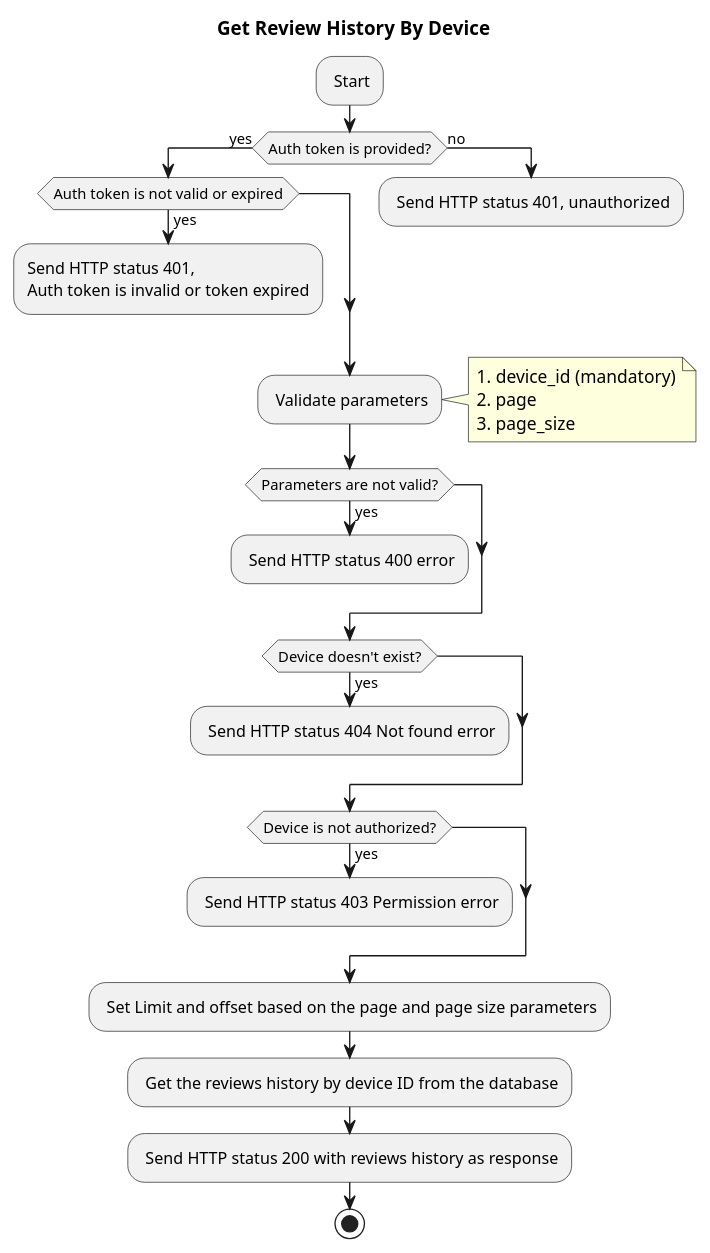
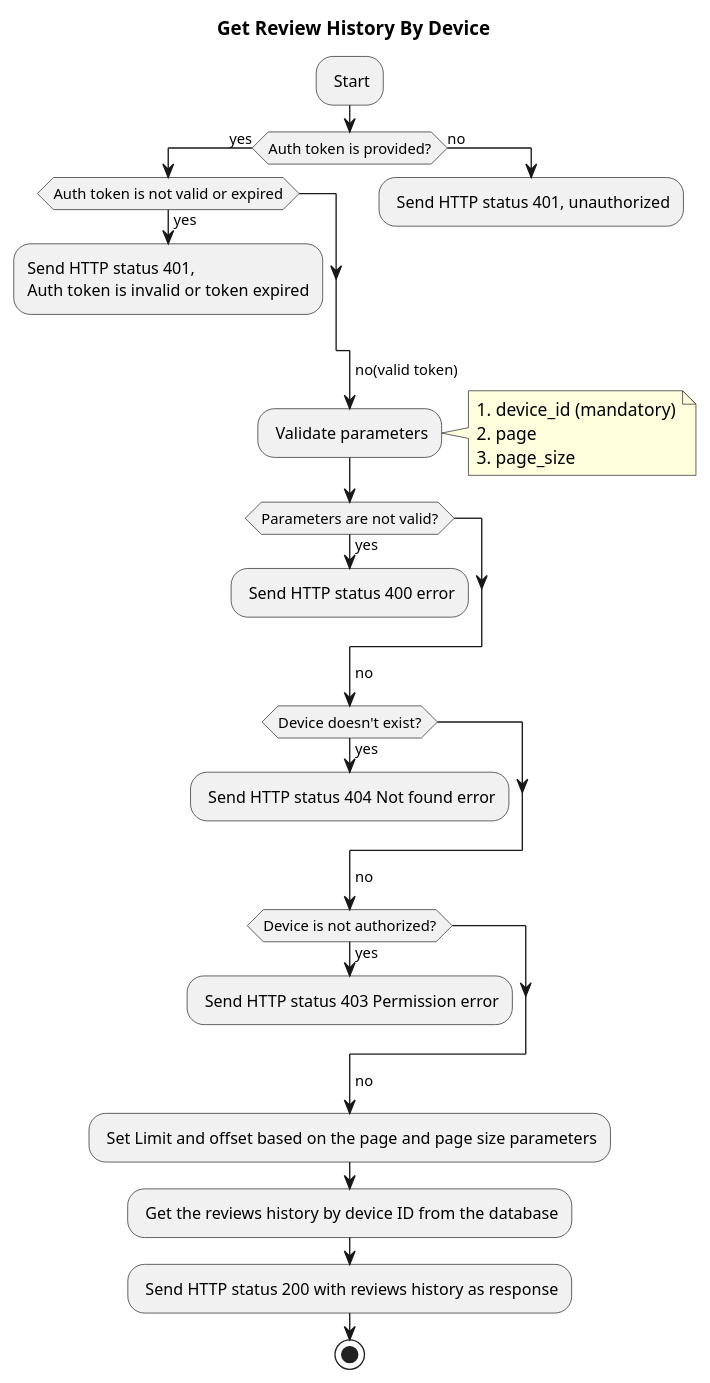
One commit to SonySemiconductorSolutions/aitrios-sample-tool-angle-adjustment changed the diagram in docsrc/apidocs/api-workflow/api-admin/admin-get-review-history.puml. Above: the diagram before and after it, drawn with PlantUML. The commit also changed 264 other files, not shown here.

```diff
--- a/docsrc/apidocs/api-workflow/api-admin/admin-get-review-history.puml
+++ b/docsrc/apidocs/api-workflow/api-admin/admin-get-review-history.puml
@@ -1,37 +1,41 @@
 @startuml get review history by device ID
 title Get Review History By Device
 
 : Start;
 if (Auth token is provided?) then (yes)
     if (Auth token is not valid or expired) then (yes)
         :Send HTTP status 401,
         Auth token is invalid or token expired;
         kill
     endif
 else (no)
     : Send HTTP status 401, unauthorized;
     kill
 endif
+->no(valid token);
 : Validate parameters;
 note right
     1. device_id (mandatory)
     2. page
     3. page_size
 end note
 if (Parameters are not valid?) then (yes)
     : Send HTTP status 400 error;
     kill
 endif
+->no;
 if (Device doesn't exist?) then (yes)
     : Send HTTP status 404 Not found error;
     kill
 endif
+->no;
 if (Device is not authorized?) then (yes)
     : Send HTTP status 403 Permission error;
     kill
 endif
+->no;
 : Set Limit and offset based on the page and page size parameters;
 : Get the reviews history by device ID from the database;
 : Send HTTP status 200 with reviews history as response;
 stop
 @enduml
```
